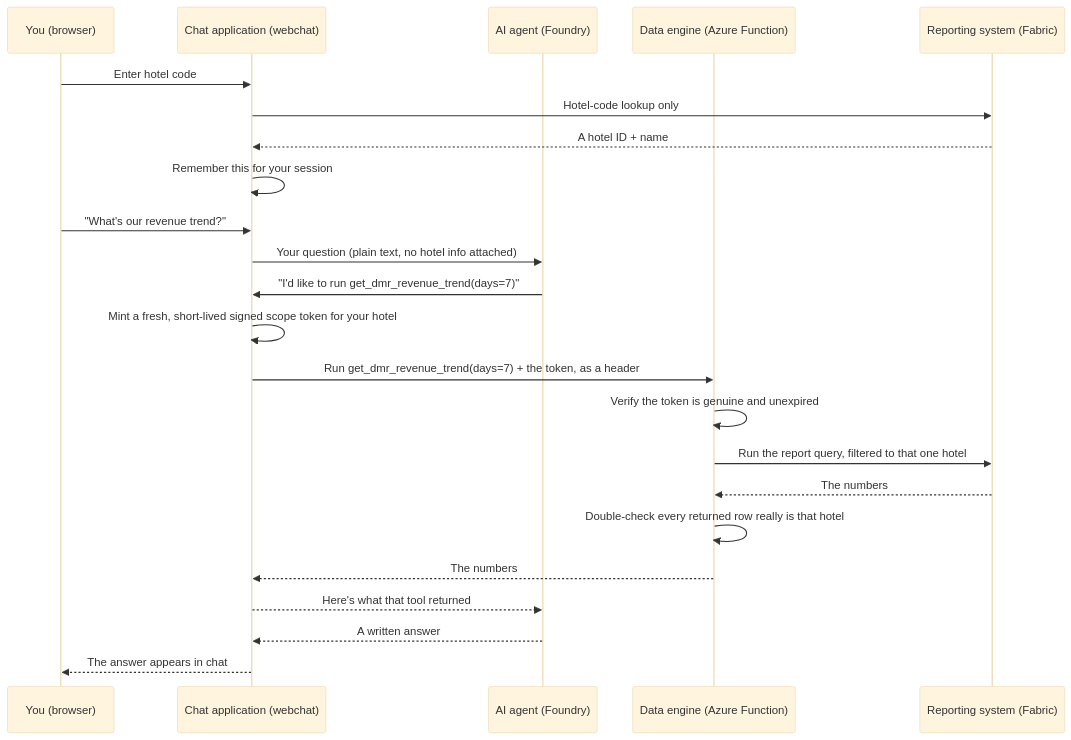
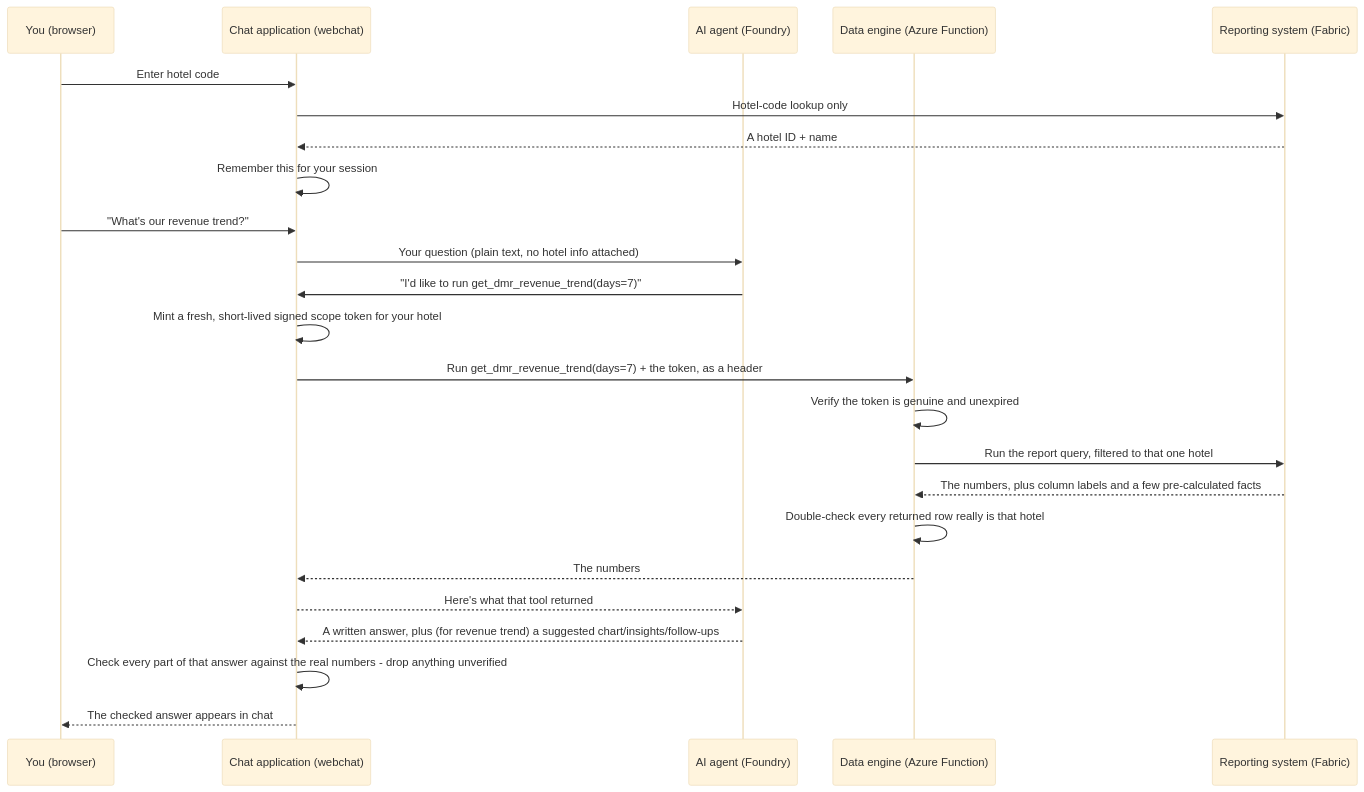
The diagram in docs/how-ariel-works.md (Noel-YML/mcp-v2), drawn with Mermaid (base theme) before and after one commit. The commit also changed other lines of this file, not shown here.

First line of the commit message:
Update Ask ARIEL docs for Phase 2-4 hardening and the analytics/agent contract

````diff
--- a/docs/how-ariel-works.md
+++ b/docs/how-ariel-works.md
@@ -48,27 +52,28 @@
 ```mermaid
 sequenceDiagram
     participant You as You (browser)
     participant Kiosk as Chat application (webchat)
     participant Agent as AI agent (Foundry)
     participant Engine as Data engine (Azure Function)
     participant Fabric as Reporting system (Fabric)
 
     You->>Kiosk: Enter hotel code
     Kiosk->>Fabric: Hotel-code lookup only
     Fabric-->>Kiosk: A hotel ID + name
     Kiosk->>Kiosk: Remember this for your session
 
     You->>Kiosk: "What's our revenue trend?"
     Kiosk->>Agent: Your question (plain text, no hotel info attached)
     Agent->>Kiosk: "I'd like to run get_dmr_revenue_trend(days=7)"
     Kiosk->>Kiosk: Mint a fresh, short-lived signed scope token for your hotel
     Kiosk->>Engine: Run get_dmr_revenue_trend(days=7) + the token, as a header
     Engine->>Engine: Verify the token is genuine and unexpired
     Engine->>Fabric: Run the report query, filtered to that one hotel
-    Fabric-->>Engine: The numbers
+    Fabric-->>Engine: The numbers, plus column labels and a few pre-calculated facts
     Engine->>Engine: Double-check every returned row really is that hotel
     Engine-->>Kiosk: The numbers
     Kiosk-->>Agent: Here's what that tool returned
-    Agent-->>Kiosk: A written answer
-    Kiosk-->>You: The answer appears in chat
+    Agent-->>Kiosk: A written answer, plus (for revenue trend) a suggested chart/insights/follow-ups
+    Kiosk->>Kiosk: Check every part of that answer against the real numbers - drop anything unverified
+    Kiosk-->>You: The checked answer appears in chat
 ```
````
